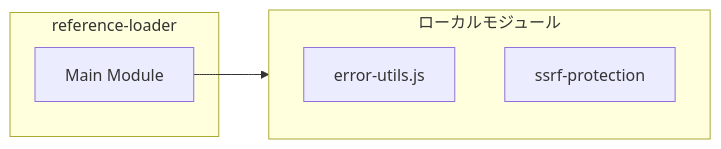
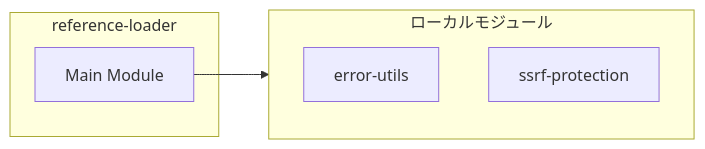
One commit to Mekann2904/mekann changed the second of 4 diagrams in ABDD/.pi/extensions/loop/reference-loader.md. Above: the diagram before and after it, drawn with Mermaid. The commit also changed other lines of this file and 174 other files, not shown here.

First line of the commit message:
fix(docs): ABDDのMermaid図生成エラーを修正する

````diff
--- a/ABDD/.pi/extensions/loop/reference-loader.md
+++ b/ABDD/.pi/extensions/loop/reference-loader.md
@@ -56,11 +56,11 @@
 ```mermaid
 flowchart LR
   subgraph this[reference-loader]
     main[Main Module]
   end
   subgraph local[ローカルモジュール]
-    error_utils_js["error-utils.js"]
+    error_utils["error-utils"]
     ssrf_protection["ssrf-protection"]
   end
   main --> local
 ```
````
